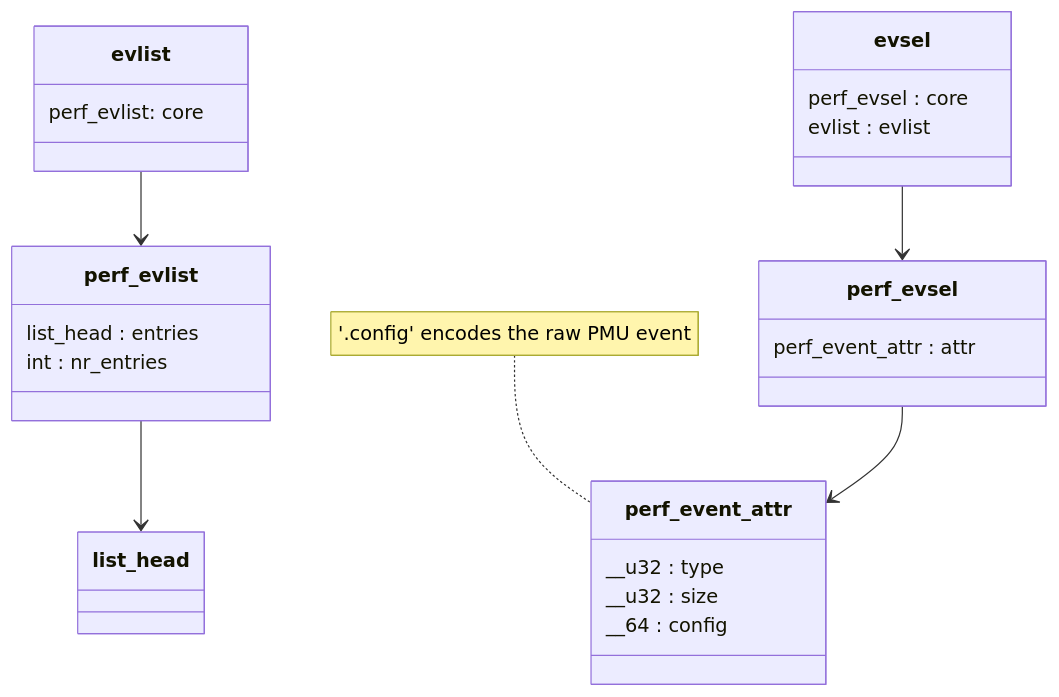
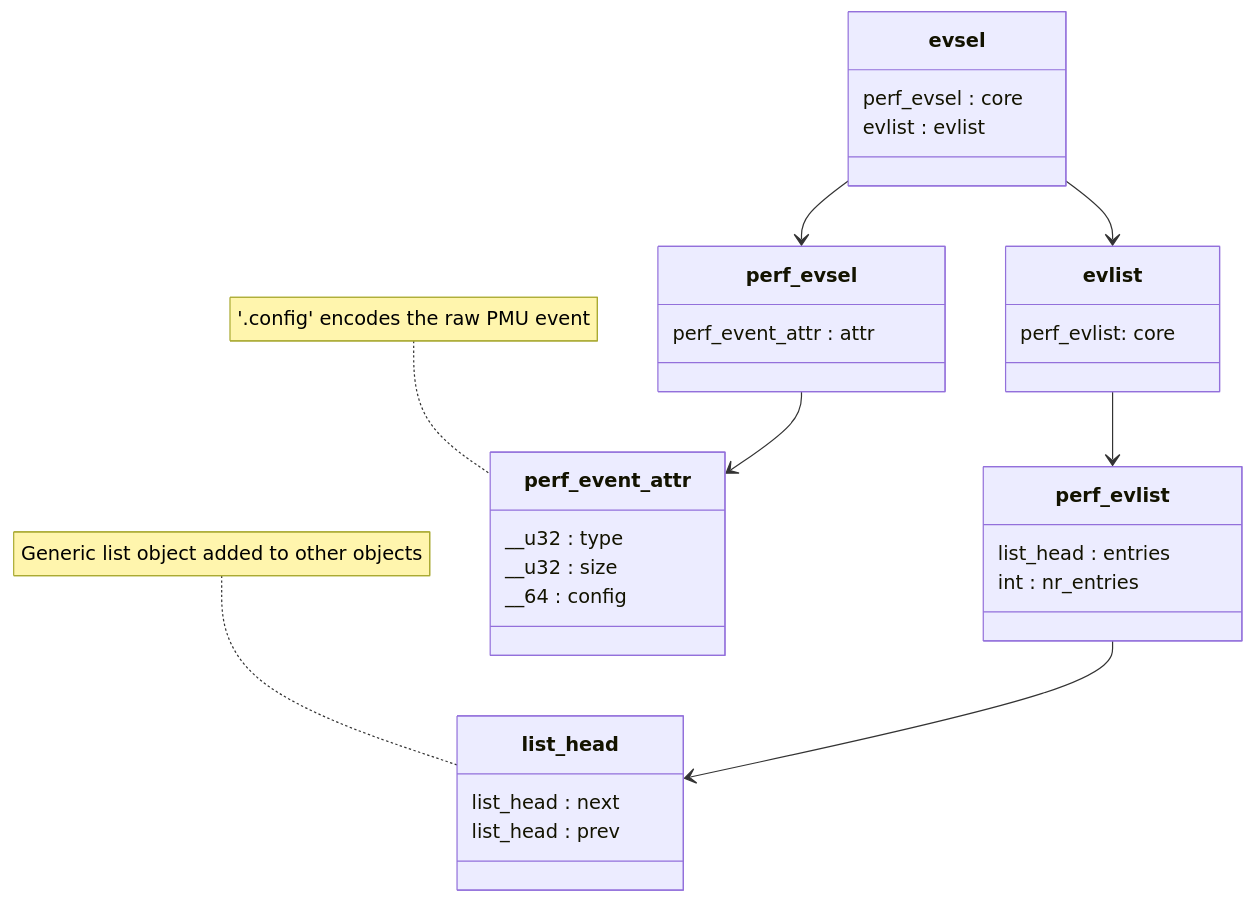
The diagram in mermaid-classes-2.md (jamesodhunt/foo), drawn with Mermaid before and after one commit.

````diff
--- a/mermaid-classes-2.md
+++ b/mermaid-classes-2.md
@@ -1,39 +1,45 @@
 ```mermaid
 classDiagram
     class evlist {
       perf_evlist: core
     }
 
     class evsel {
       perf_evsel : core
       evlist : evlist
     }
 
     class perf_evlist {
       list_head : entries
       int : nr_entries
     }
 
     class perf_evsel {
       perf_event_attr : attr
     }
 
     class perf_event_attr {
       __u32 : type
       __u32 : size
       __64 : config
     }
     note for perf_event_attr "'.config' encodes the raw PMU event"
 
     class perf_event_attr
-    class list_head
+
+    class list_head {
+      list_head : next
+      list_head : prev
+    }
+    note for list_head "Generic list object added to other objects"
 
     %% -------------------------------------------
     %% Define relationships
 
     evlist --> perf_evlist
     evsel --> perf_evsel
+    evsel --> evlist
     perf_evsel --> perf_event_attr
     perf_evlist --> list_head
 
 ```
````
